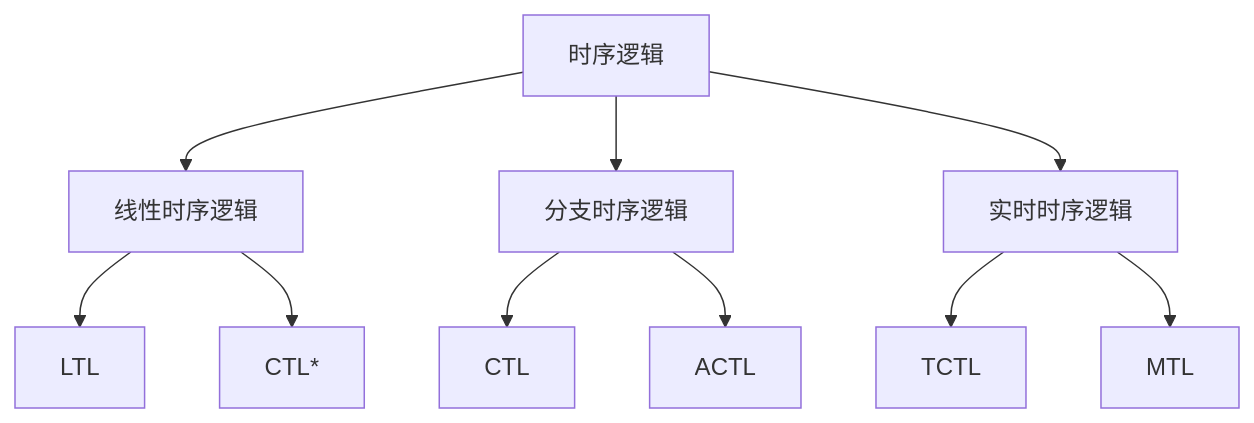
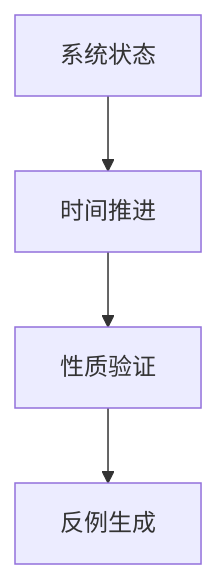
Before and after one commit to AdaMartin18010/formal-architecture: the diagram in Analysis/06-形式模型理论/04-时序逻辑理论.md, drawn with Mermaid. The commit also changed other lines of this file and 261 other files, not shown here.

````diff
--- a/Analysis/06-形式模型理论/04-时序逻辑理论.md
+++ b/Analysis/06-形式模型理论/04-时序逻辑理论.md
@@ -19,12 +49,6 @@
 ```mermaid
 graph TD
-    A[时序逻辑] --> B[线性时序逻辑]
-    A --> C[分支时序逻辑]
-    A --> D[实时时序逻辑]
-    B --> E[LTL]
-    B --> F[CTL*]
-    C --> G[CTL]
-    C --> H[ACTL]
-    D --> I[TCTL]
-    D --> J[MTL]
+    A[系统状态] --> B[时间推进]
+    B --> C[性质验证]
+    C --> D[反例生成]
 ```
````
